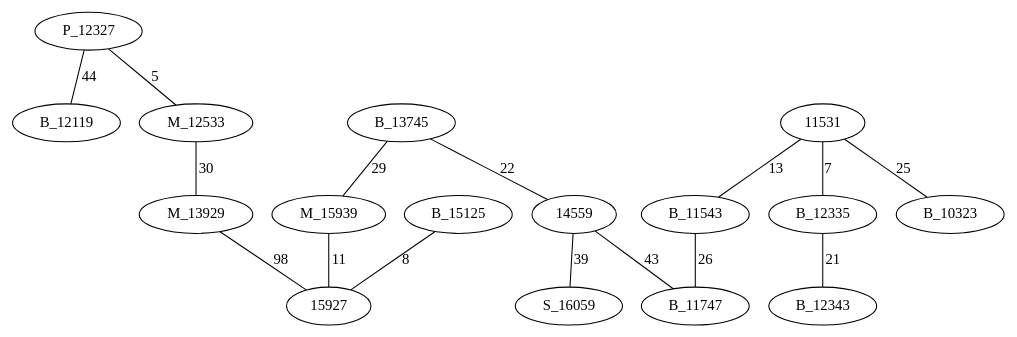
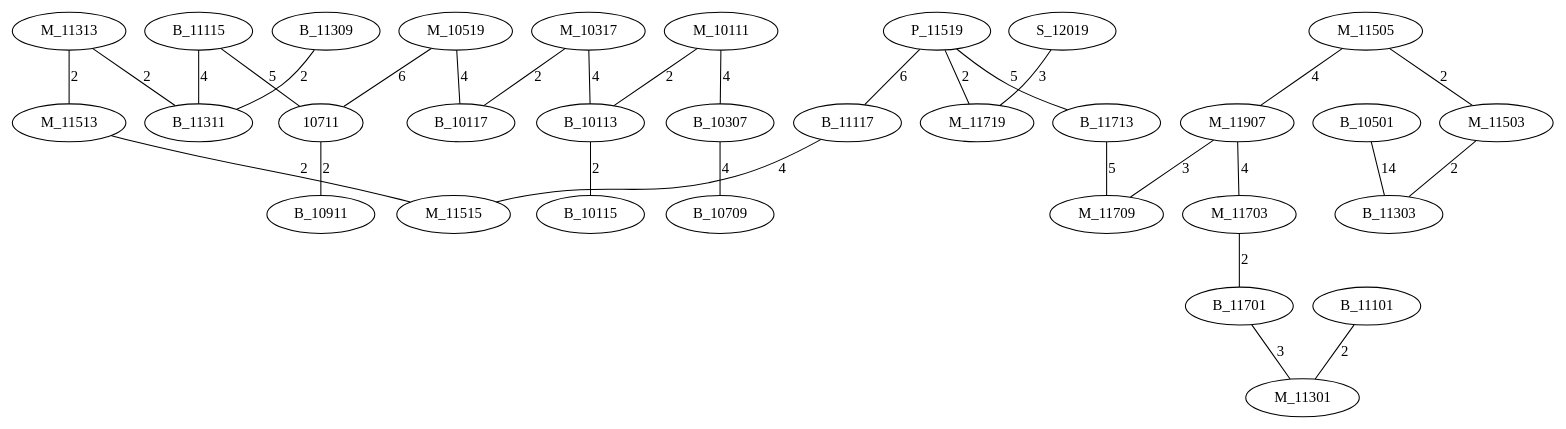
The diagram in Graph.dot (AsmNoob/Labyrinthe), drawn with Graphviz before and after one commit. The commit also changed 9 other files, not shown here.

```diff
--- a/Graph.dot
+++ b/Graph.dot
@@ -1,19 +1,34 @@
 graph chemin {
 
-	P_12327 -- B_12119 [label=44]
-	P_12327 -- M_12533 [label=5]
-	11531 -- B_12335 [label=7]
-	11531 -- B_10323 [label=25]
-	11531 -- B_11543 [label=13]
-	B_13745 -- 14559 [label=22]
-	B_13745 -- M_15939 [label=29]
-	B_12335 -- B_12343 [label=21]
-	B_15125 -- 15927 [label=8]
-	M_12533 -- M_13929 [label=30]
-	M_15939 -- 15927 [label=11]
-	B_11543 -- B_11747 [label=26]
-	M_13929 -- 15927 [label=98]
-	14559 -- B_11747 [label=43]
-	14559 -- S_16059 [label=39]
+	P_11519 -- B_11117 [label=6]
+	P_11519 -- M_11719 [label=2]
+	P_11519 -- B_11713 [label=5]
+	S_12019 -- M_11719 [label=3]
+	M_10111 -- B_10307 [label=4]
+	M_10111 -- B_10113 [label=2]
+	B_11713 -- M_11709 [label=5]
+	B_10501 -- B_11303 [label=14]
+	B_11115 -- B_11311 [label=4]
+	B_11115 -- 10711 [label=5]
+	B_11117 -- M_11515 [label=4]
+	B_10307 -- B_10709 [label=4]
+	M_10519 -- B_10117 [label=4]
+	M_10519 -- 10711 [label=6]
+	M_10317 -- B_10117 [label=2]
+	M_10317 -- B_10113 [label=4]
+	10711 -- B_10911 [label=2]
+	M_11505 -- M_11503 [label=2]
+	M_11505 -- M_11907 [label=4]
+	M_11313 -- B_11311 [label=2]
+	M_11313 -- M_11513 [label=2]
+	M_11513 -- M_11515 [label=2]
+	B_10113 -- B_10115 [label=2]
+	M_11907 -- M_11703 [label=4]
+	M_11907 -- M_11709 [label=3]
+	M_11703 -- B_11701 [label=2]
+	B_11309 -- B_11311 [label=2]
+	B_11701 -- M_11301 [label=3]
+	M_11503 -- B_11303 [label=2]
+	B_11101 -- M_11301 [label=2]
 
 }
```
